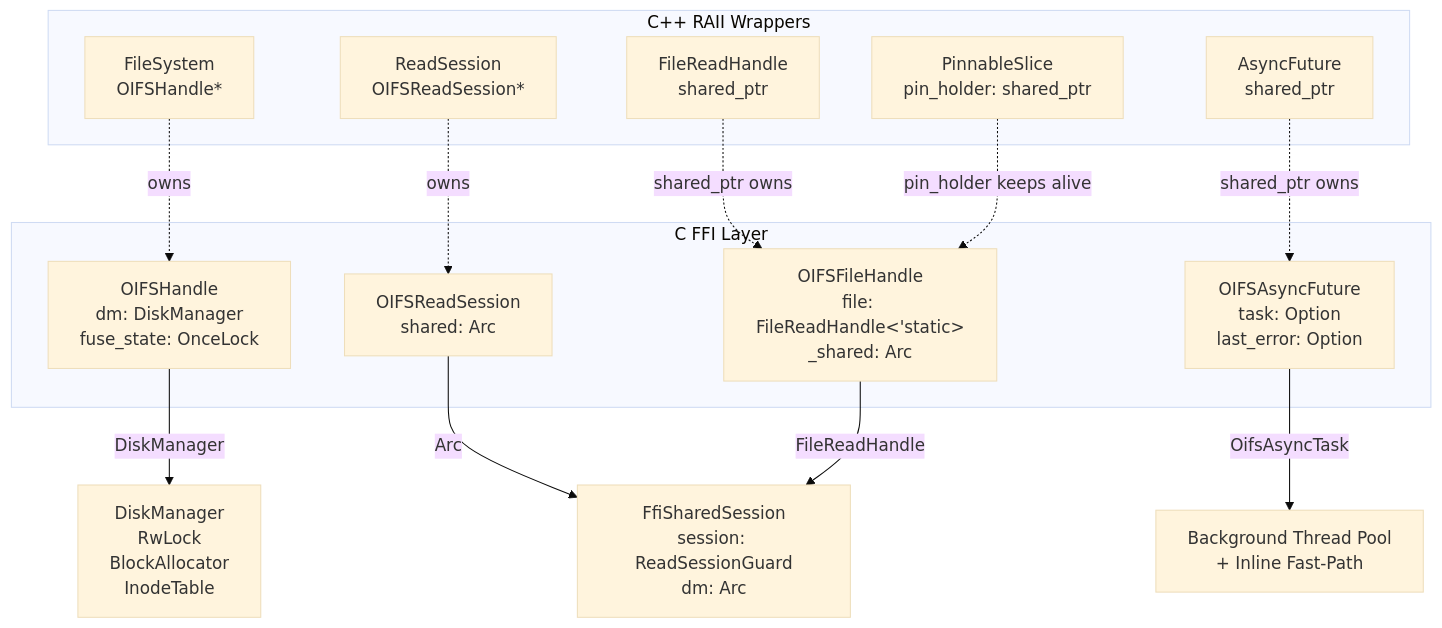
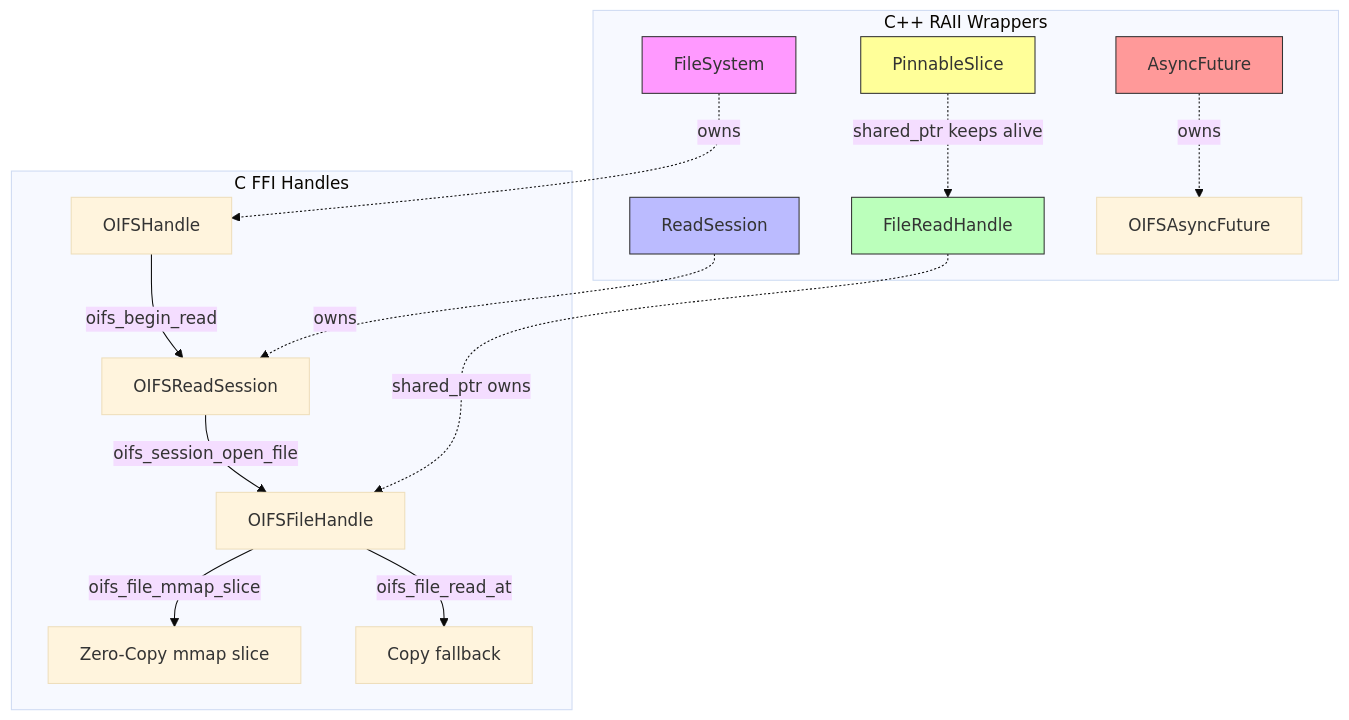
The first of 2 diagrams in openwiki/architecture/ffi_interface.md (ych/oifs), drawn with Mermaid (base theme) before and after one commit. The commit also changed other lines of this file and 64 other files, not shown here.

````diff
--- a/openwiki/architecture/ffi_interface.md
+++ b/openwiki/architecture/ffi_interface.md
@@ -513,28 +598,23 @@
 ```mermaid
 flowchart TB
-    subgraph FFI[C FFI Layer]
-        OH[OIFSHandle<br/>dm: DiskManager<br/>fuse_state: OnceLock<FuseState>]
-        RS[OIFSReadSession<br/>shared: Arc<FfiSharedSession>]
-        FH[OIFSFileHandle<br/>file: FileReadHandle<'static><br/>_shared: Arc<FfiSharedSession>]
-        AF[OIFSAsyncFuture<br/>task: Option<OifsAsyncTask><br/>last_error: Option<String>]
+    subgraph FFI["C FFI Handles"]
+        H1[OIFSHandle] -->|oifs_begin_read| S1[OIFSReadSession]
+        S1 -->|oifs_session_open_file| F1[OIFSFileHandle]
+        F1 -->|oifs_file_mmap_slice| M1[Zero-Copy mmap slice]
+        F1 -->|oifs_file_read_at| B1[Copy fallback]
     end
-
-    subgraph CPP[C++ RAII Wrappers]
-        FS[FileSystem<br/>OIFSHandle*]
-        RSW[ReadSession<br/>OIFSReadSession*]
-        FRH[FileReadHandle<br/>shared_ptr<OIFSFileHandle>]
-        PS[PinnableSlice<br/>pin_holder: shared_ptr<OIFSFileHandle>]
-        AFW[AsyncFuture<br/>shared_ptr<OIFSAsyncFuture>]
+    
+    subgraph Cpp["C++ RAII Wrappers"]
+        FS[FileSystem] -.->|owns| H1
+        RS[ReadSession] -.->|owns| S1
+        FR[FileReadHandle] -.->|shared_ptr owns| F1
+        PS[PinnableSlice] -.->|shared_ptr keeps alive| FR
+        AF[AsyncFuture] -.->|owns| AFh[OIFSAsyncFuture]
     end
-
-    FS -.->|owns| OH
-    RSW -.->|owns| RS
-    FRH -.->|shared_ptr owns| FH
-    PS -.->|pin_holder keeps alive| FH
-    AFW -.->|shared_ptr owns| AF
-
-    OH -->|DiskManager| DM[DiskManager<br/>RwLock<Superblock><br/>BlockAllocator<br/>InodeTable]
-    RS -->|Arc<FfiSharedSession>| Sess[FfiSharedSession<br/>session: ReadSessionGuard<br/>dm: Arc<DiskManager>]
-    FH -->|FileReadHandle| Sess
-    AF -->|OifsAsyncTask| BG[Background Thread Pool<br/>+ Inline Fast-Path]
+    
+    style FS fill:#f9f,stroke:#333
+    style RS fill:#bbf,stroke:#333
+    style FR fill:#bfb,stroke:#333
+    style PS fill:#ff9,stroke:#333
+    style AF fill:#f99,stroke:#333
 ```
````
